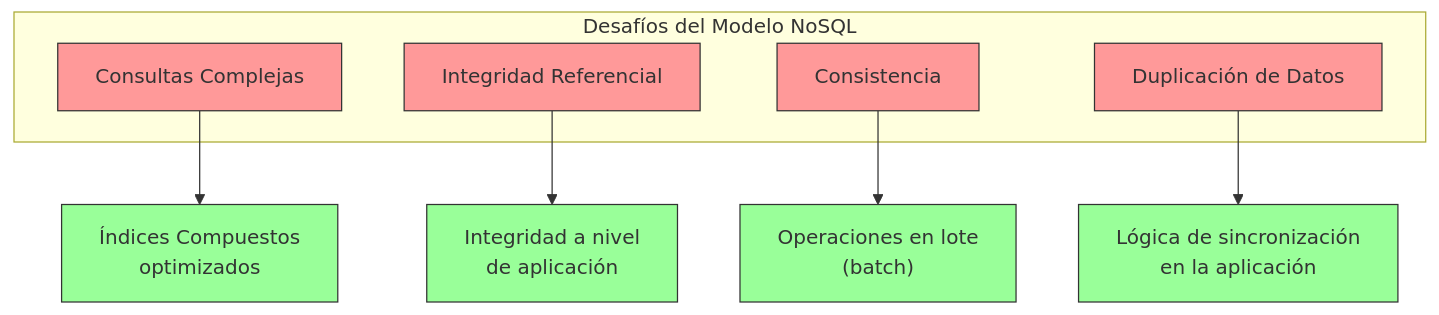
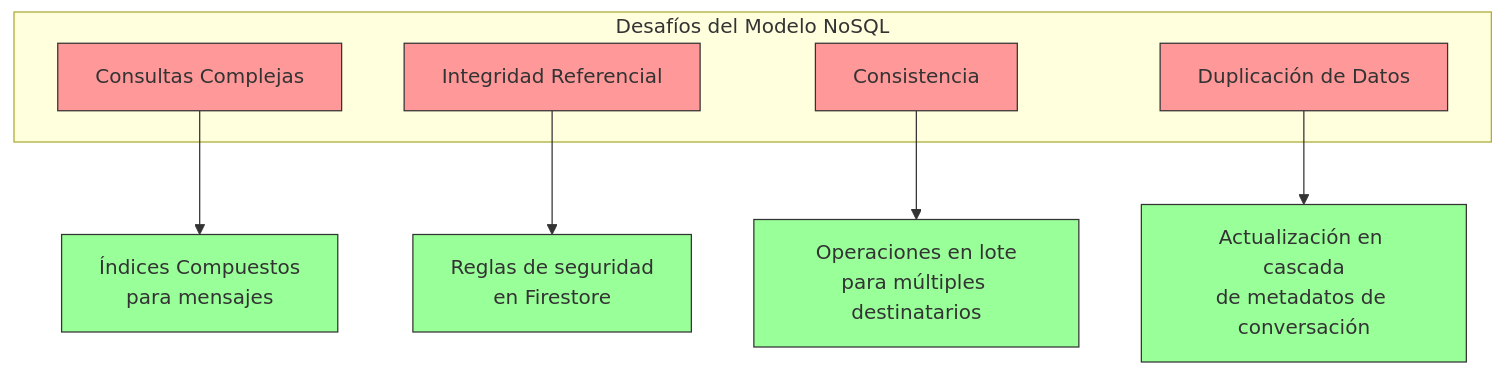
The fifth of 5 diagrams in docs/Estructura_Base_Datos.md (Nojabeach/UmeEgunero), drawn with Mermaid before and after one commit. The commit also changed other lines of this file and 112 other files, not shown here.

````diff
--- a/docs/Estructura_Base_Datos.md
+++ b/docs/Estructura_Base_Datos.md
@@ -562,24 +611,24 @@
 ```mermaid
 graph TD
     subgraph "Desafíos del Modelo NoSQL"
         ComplexQ[Consultas Complejas]
         Integridad[Integridad Referencial]
         Consistencia[Consistencia]
         Duplicacion[Duplicación de Datos]
     end
     
-    ComplexQ --> Sol1["Índices Compuestos\noptimizados"]
-    Integridad --> Sol2["Integridad a nivel\nde aplicación"]
-    Consistencia --> Sol3["Operaciones en lote\n(batch)"]
-    Duplicacion --> Sol4["Lógica de sincronización\nen la aplicación"]
+    ComplexQ --> Sol1["Índices Compuestos\npara mensajes"]
+    Integridad --> Sol2["Reglas de seguridad\nen Firestore"]
+    Consistencia --> Sol3["Operaciones en lote\npara múltiples destinatarios"]
+    Duplicacion --> Sol4["Actualización en cascada\nde metadatos de conversación"]
     
     style ComplexQ fill:#f99,stroke:#333,stroke-width:1px
     style Integridad fill:#f99,stroke:#333,stroke-width:1px
     style Consistencia fill:#f99,stroke:#333,stroke-width:1px
     style Duplicacion fill:#f99,stroke:#333,stroke-width:1px
     
     style Sol1 fill:#9f9,stroke:#333,stroke-width:1px
     style Sol2 fill:#9f9,stroke:#333,stroke-width:1px
     style Sol3 fill:#9f9,stroke:#333,stroke-width:1px
     style Sol4 fill:#9f9,stroke:#333,stroke-width:1px
 ```
````
